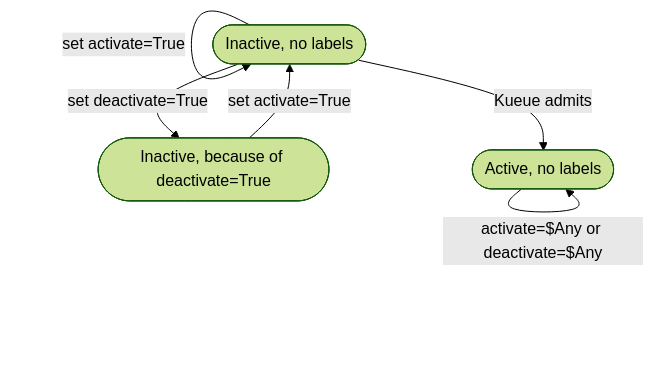
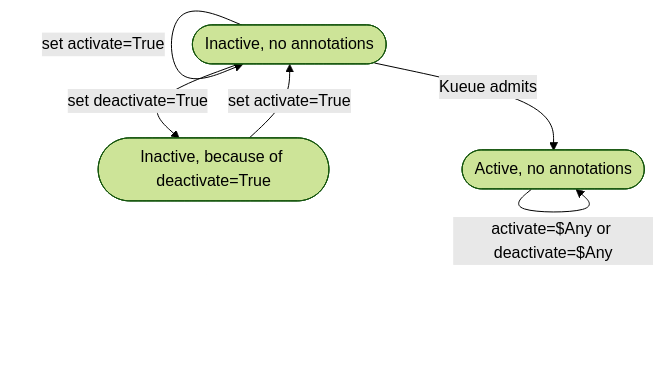
One commit to kubernetes-sigs/kueue changed the second of 2 diagrams in keps/6915-scheduling-gated-by-annotation/README.md. Above: the diagram before and after it, drawn with Mermaid (forest theme). The commit also changed other lines of this file and 1 other file, not shown here.

````diff
--- a/keps/6915-scheduling-gated-by-annotation/README.md
+++ b/keps/6915-scheduling-gated-by-annotation/README.md
@@ -599,16 +620,16 @@
 ```mermaid
 flowchart TD;
-    Active(["Active, no labels"]);
-    Inactive(["Inactive, no labels"])
+    Active(["Active, no annotations"]);
+    Inactive(["Inactive, no annotations"])
     InactiveManual(["Inactive, because of deactivate=True"]);
     
     Inactive --> |set activate=True| Inactive;
 
     Active --> |activate=$Any or deactivate=$Any| Active;
 
     InactiveManual --> |set activate=True| Inactive;
 
     Inactive --> |set deactivate=True| InactiveManual;
 
     Inactive --> |Kueue admits| Active;
 ```
````
